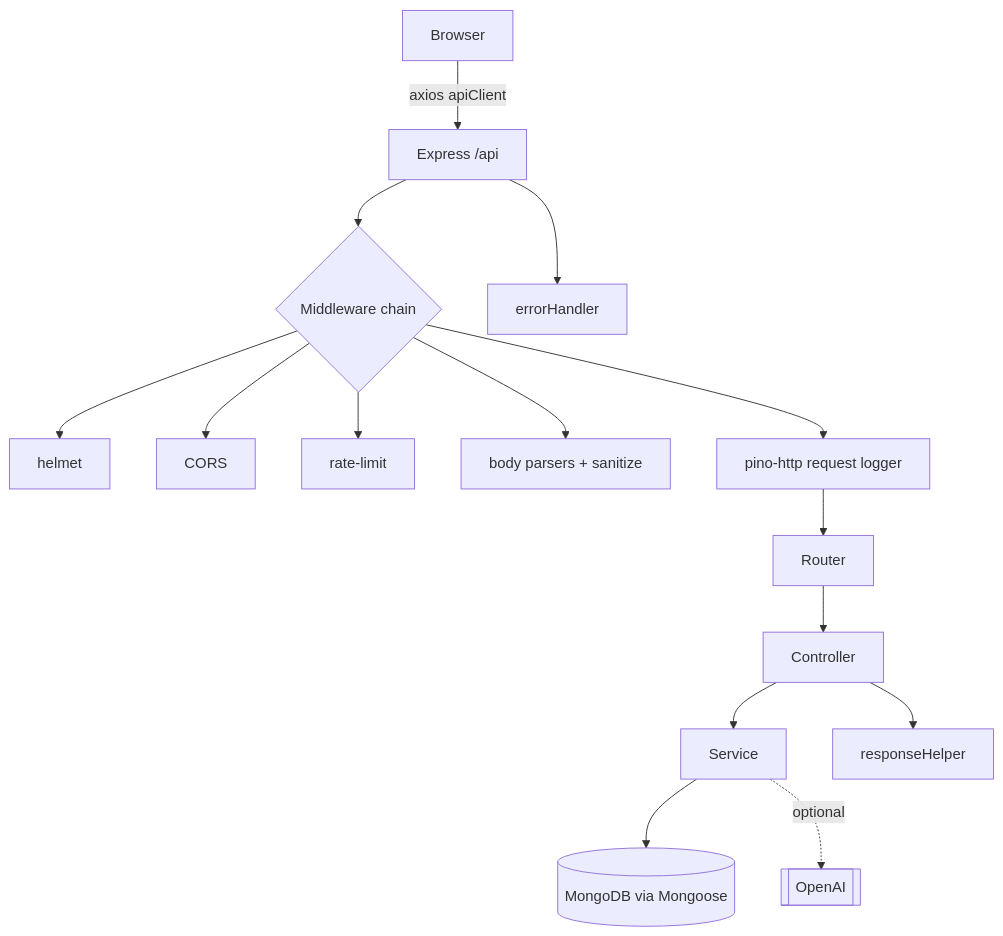
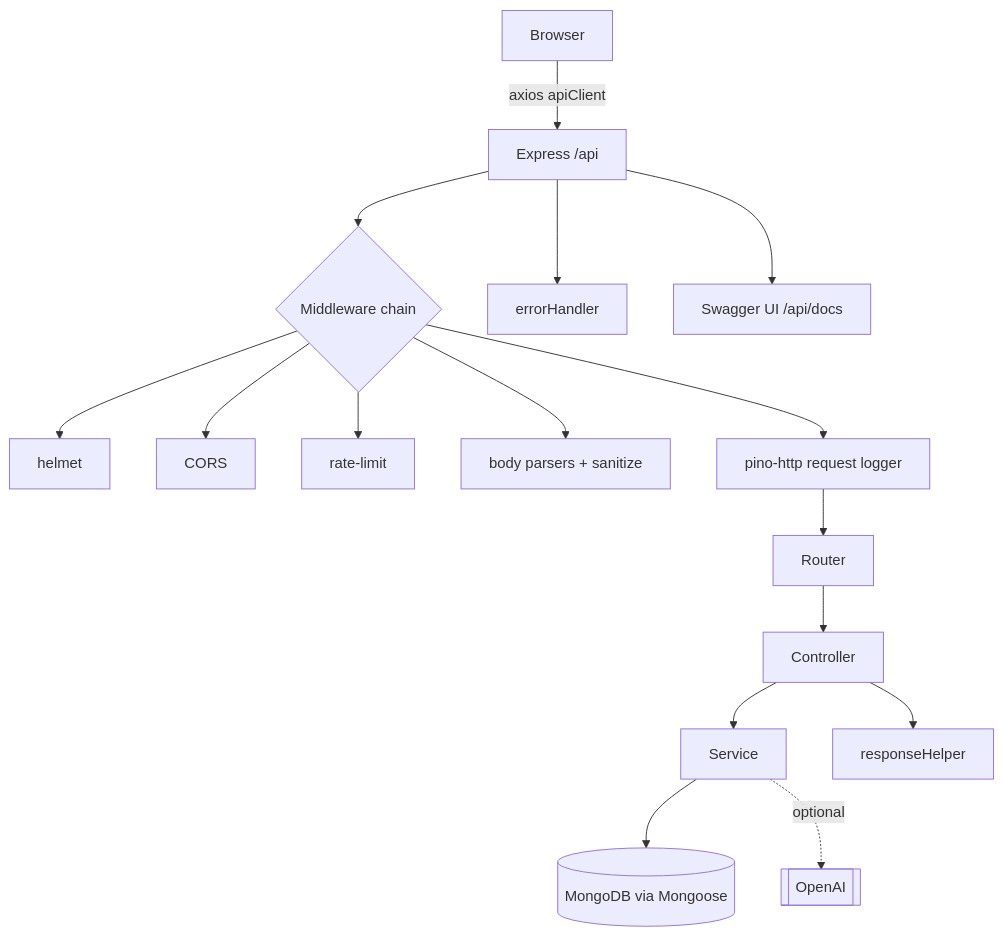
Before and after one commit to assishmoncs/ai-study-planner: the diagram in docs/ARCHITECTURE.md, drawn with Mermaid. The commit also changed other lines of this file and 85 other files, not shown here.

````diff
--- a/docs/ARCHITECTURE.md
+++ b/docs/ARCHITECTURE.md
@@ -14,17 +14,18 @@
 ```mermaid
 flowchart TD
   A[Browser] -->|axios apiClient| B[Express /api]
   B --> C{Middleware chain}
   C --> D[helmet]
   C --> E[CORS]
   C --> F[rate-limit]
   C --> G[body parsers + sanitize]
   C --> H[pino-http request logger]
   H --> I[Router]
   I --> J[Controller]
   J --> K[Service]
   K --> L[(MongoDB via Mongoose)]
   K -.optional.-> M[[OpenAI]]
   J --> N[responseHelper]
   B --> O[errorHandler]
+  B --> P[Swagger UI /api/docs]
 ```
````
